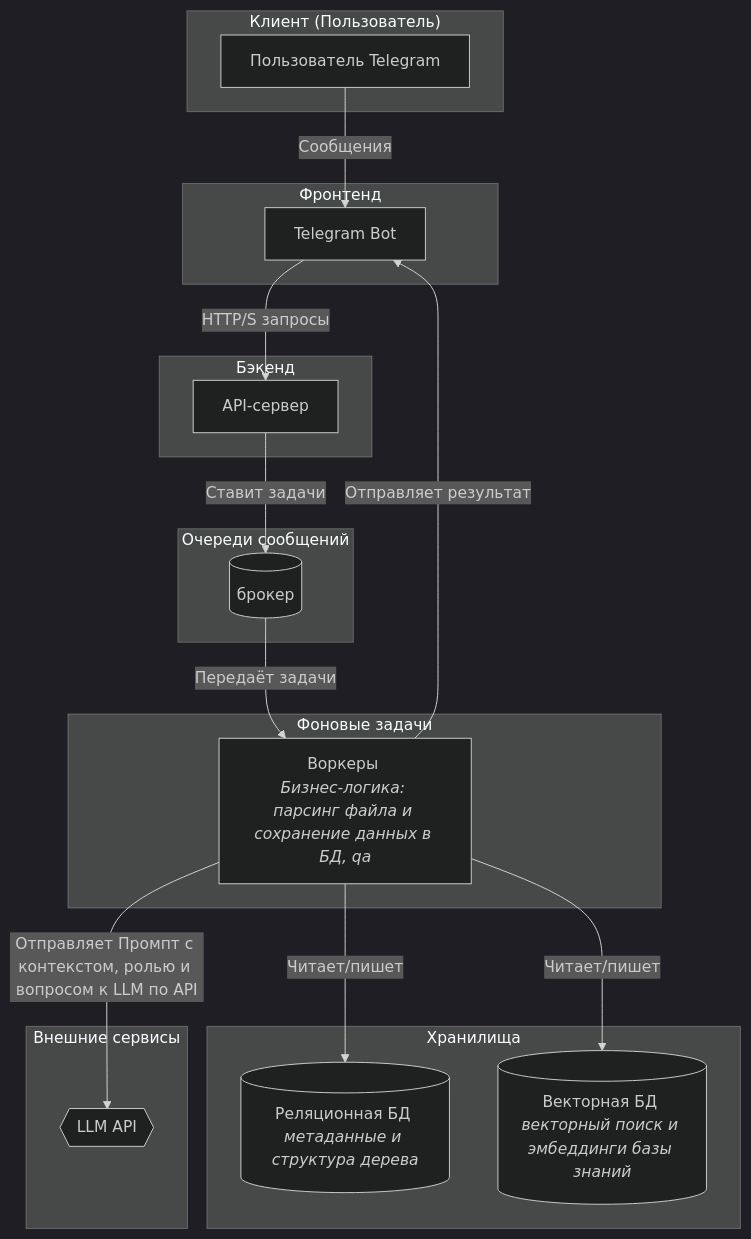
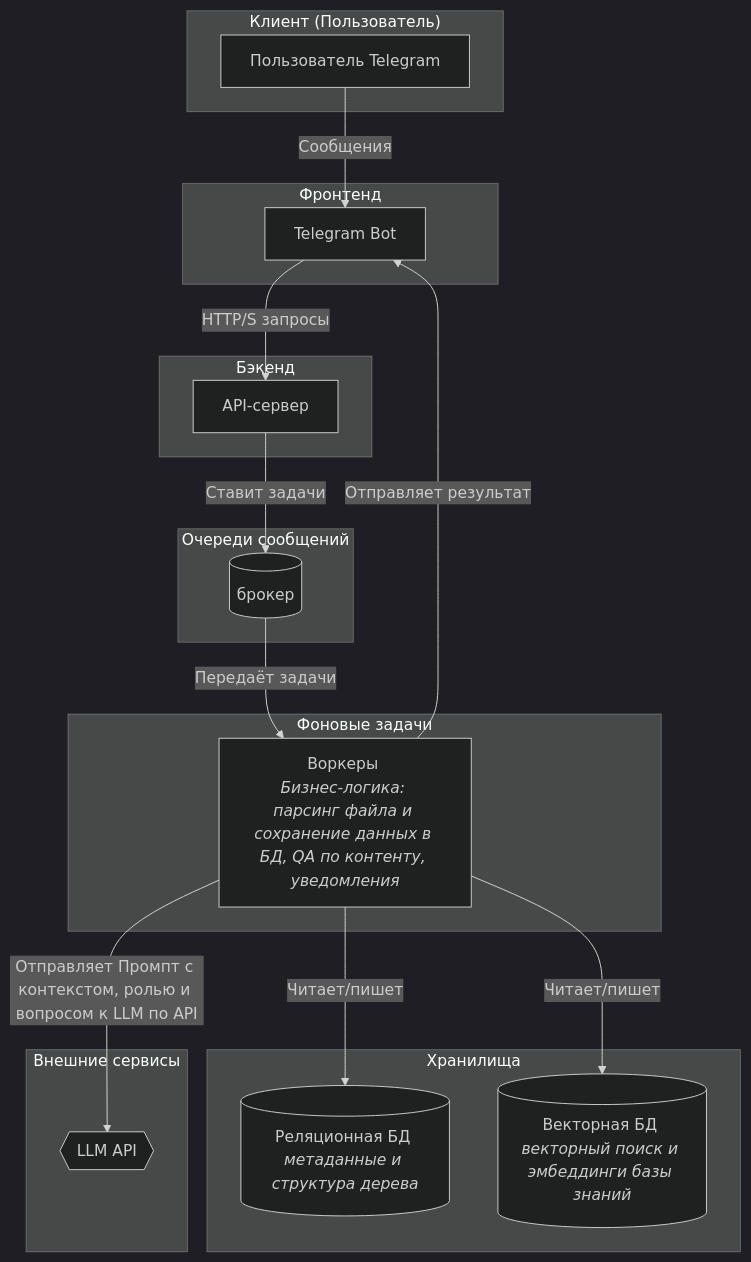
Before and after one commit to patolog123/Analyst-3.0: the diagram in Анастасия_Друзьянова/architect.MD, drawn with Mermaid (dark theme).

````diff
--- a/Анастасия_Друзьянова/architect.MD
+++ b/Анастасия_Друзьянова/architect.MD
@@ -1,41 +1,41 @@
 ```mermaid
 graph TD
     subgraph "Клиент (Пользователь)"
         A[Пользователь Telegram]
     end
 
     subgraph "Фронтенд"
         B[Telegram Bot]
     end
 
     subgraph "Бэкенд"
         C[API-сервер]
     end
 
     subgraph "Очереди сообщений"
         J[(брокер)]
     end
 
     subgraph "Фоновые задачи"
-        F[Воркеры <br><i>Бизнес-логика: парсинг файла и сохранение данных в БД, qa</i>]
+        F[Воркеры <br><i>Бизнес-логика: парсинг файла и сохранение данных в БД, QA по контенту, уведомления</i>]
     end
 
     subgraph "Хранилища"
         G[(Реляционная БД <br><i>метаданные и структура дерева</i>)]
         I[(Векторная БД <br><i>векторный поиск и эмбеддинги базы знаний</i>)]
     end
 
     subgraph "Внешние сервисы"
         H{{LLM API}}
     end
 
     %% Связи между компонентами
     A -- Сообщения --> B
     B -- HTTP/S запросы --> C
     C -- Ставит задачи --> J
     J -- Передаёт задачи --> F
     F -- Отправляет Промпт с контекстом, ролью и вопросом к LLM по API --> H
     F -- Читает/пишет --> G
     F -- Читает/пишет --> I
     F -- Отправляет результат --> B
 ```
````
